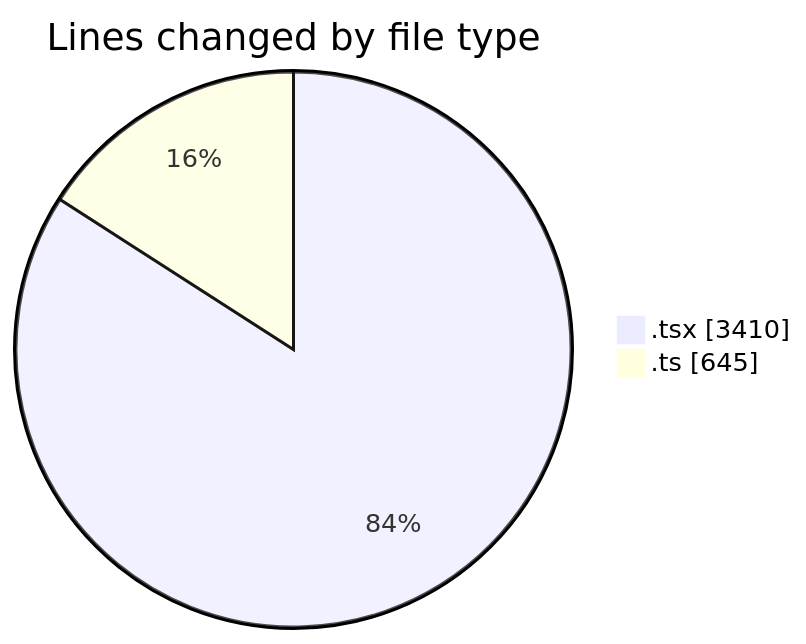
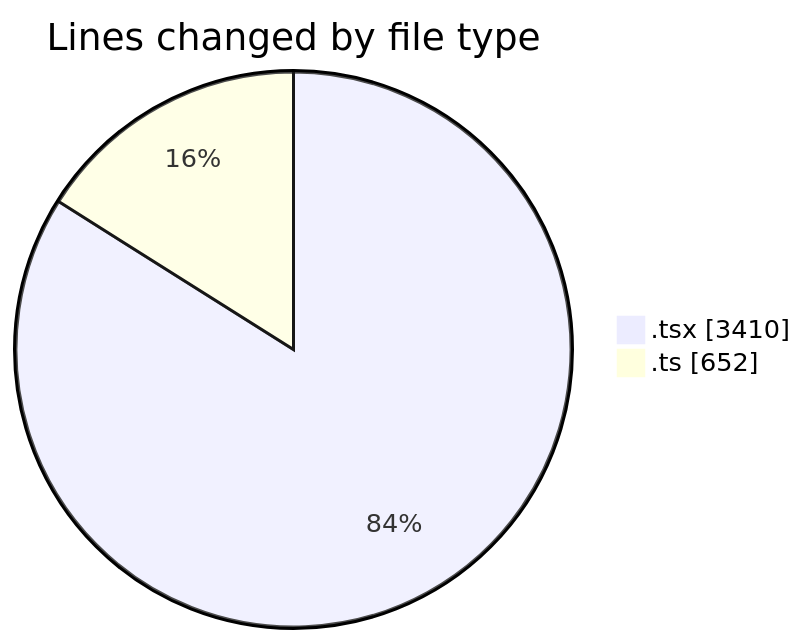
Before and after one commit to nxtqubesakshisongat/code-tracking: the first of 2 diagrams in 2026-06-08/nxtqube_webapp/README.md, drawn with Mermaid. The commit also changed other lines of this file and 1 other file, not shown here.

````diff
--- a/2026-06-08/nxtqube_webapp/README.md
+++ b/2026-06-08/nxtqube_webapp/README.md
@@ -25,6 +25,6 @@
 ```mermaid
 pie showData
 title Lines changed by file type
 ".tsx" : 3410
-".ts" : 645
+".ts" : 652
 ```
````
